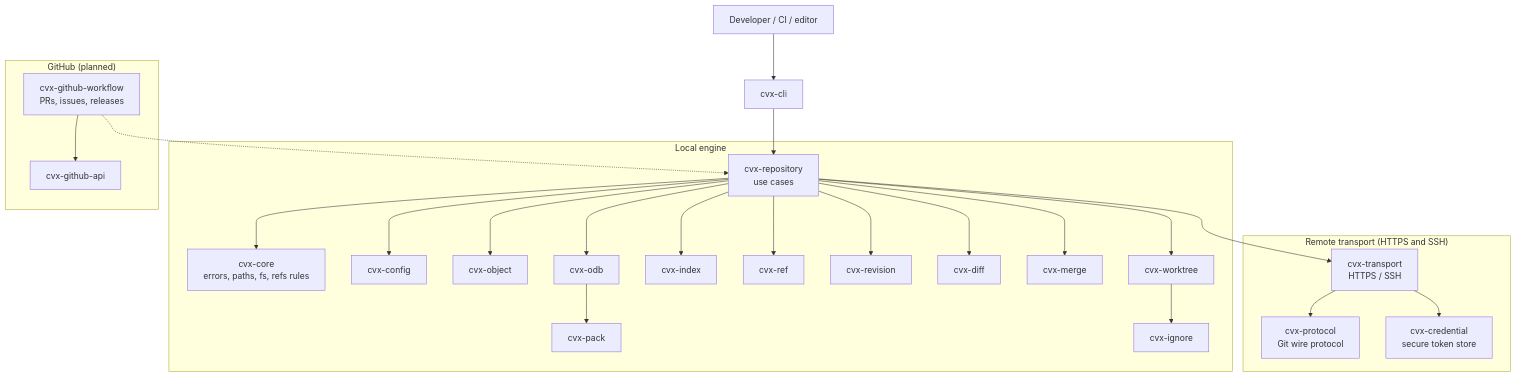
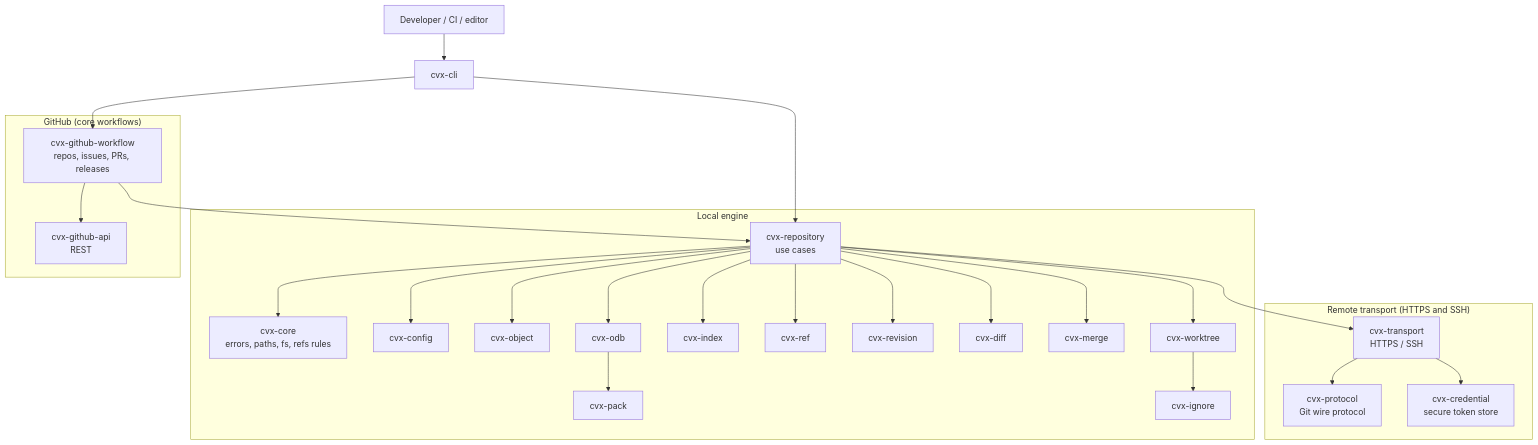
Before and after one commit to marcosgabrielgomes110-collab/cvx: the first of 9 diagrams in docs/architecture.md, drawn with Mermaid. The commit also changed other lines of this file and 22 other files, not shown here.

First line of the commit message:
feat: add GitHub workflows and release 0.2.0

````diff
--- a/docs/architecture.md
+++ b/docs/architecture.md
@@ -12,37 +12,38 @@
 ```mermaid
 flowchart TB
     Dev["Developer / CI / editor"] --> CLI["cvx-cli"]
     CLI --> Repo["cvx-repository<br/>use cases"]
 
     subgraph Local["Local engine"]
         Repo --> Core["cvx-core<br/>errors, paths, fs, refs rules"]
         Repo --> Config["cvx-config"]
         Repo --> Object["cvx-object"]
         Repo --> ODB["cvx-odb"]
         Repo --> Index["cvx-index"]
         Repo --> Refs["cvx-ref"]
         Repo --> Revision["cvx-revision"]
         Repo --> Diff["cvx-diff"]
         Repo --> Merge["cvx-merge"]
         Repo --> Worktree["cvx-worktree"]
         ODB --> Pack["cvx-pack"]
         Worktree --> Ignore["cvx-ignore"]
     end
 
     subgraph Remote["Remote transport (HTTPS and SSH)"]
         Transport["cvx-transport<br/>HTTPS / SSH"]
         Protocol["cvx-protocol<br/>Git wire protocol"]
         Credential["cvx-credential<br/>secure token store"]
         Transport --> Protocol
         Transport --> Credential
     end
 
-    subgraph GitHub["GitHub (planned)"]
-        API["cvx-github-api"]
-        Flow["cvx-github-workflow<br/>PRs, issues, releases"]
+    subgraph GitHub["GitHub (core workflows)"]
+        API["cvx-github-api<br/>REST"]
+        Flow["cvx-github-workflow<br/>repos, issues, PRs, releases"]
         Flow --> API
     end
 
     Repo --> Transport
-    Flow -.-> Repo
+    Flow --> Repo
+    CLI --> Flow
 ```
````
